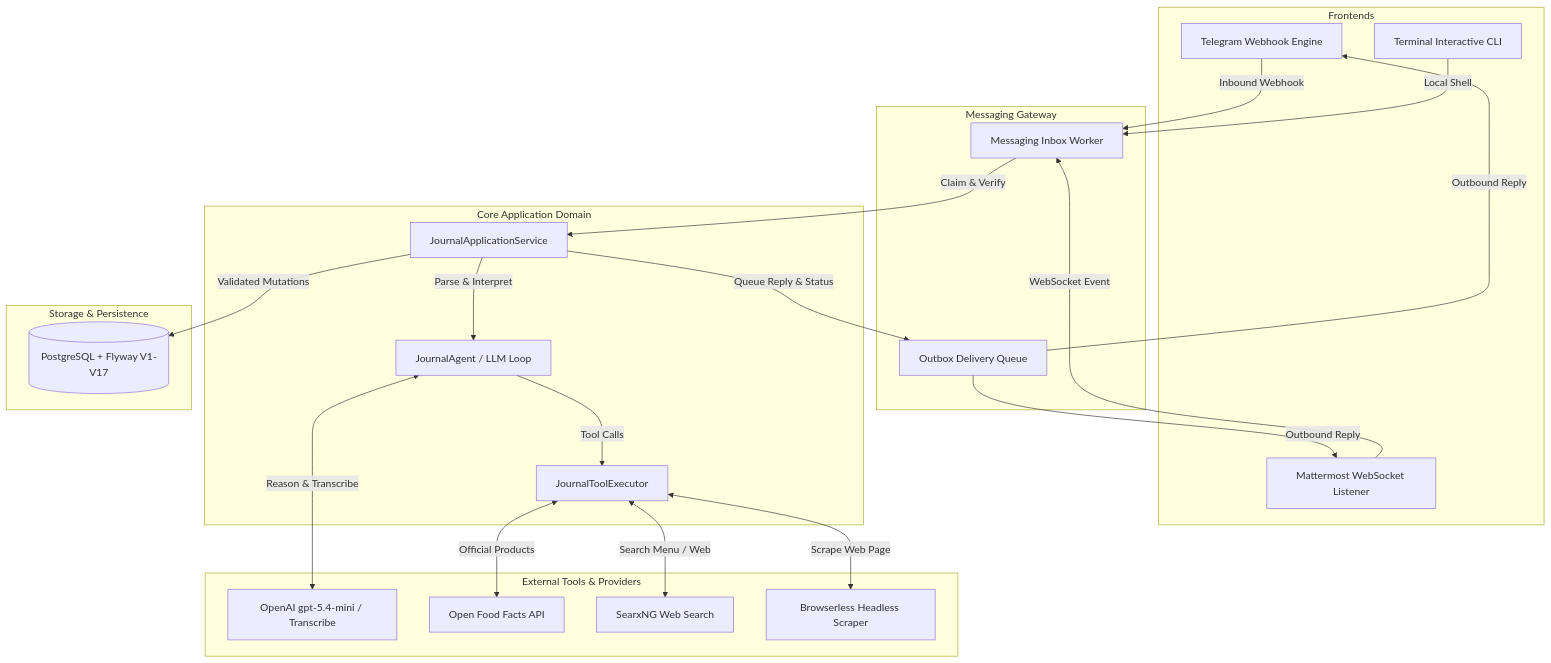
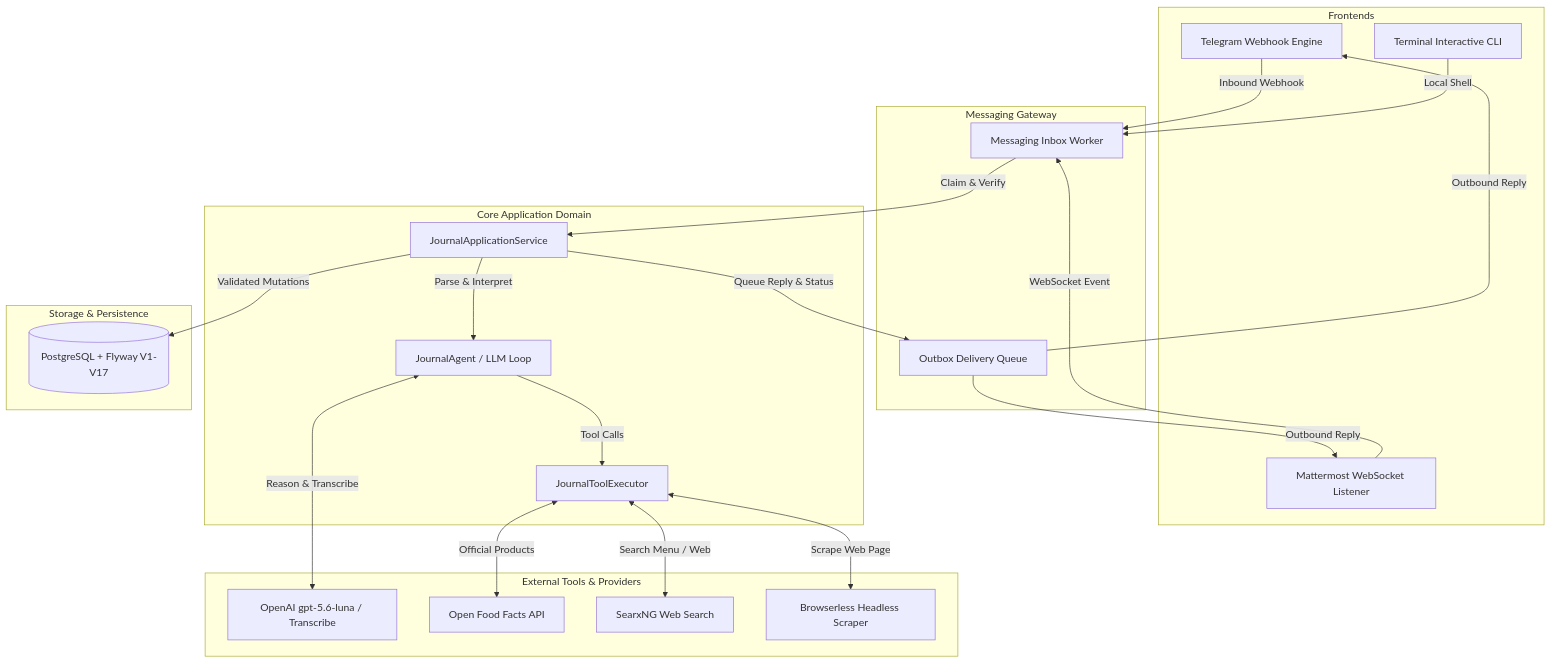
One commit to DurdeuVlad/calorie-intake-tracker-ai-bot changed the diagram in docs/architecture.md. Above: the diagram before and after it, drawn with Mermaid. The commit also changed other lines of this file and 50 other files, not shown here.

````diff
--- a/docs/architecture.md
+++ b/docs/architecture.md
@@ -5,49 +5,49 @@
 ```mermaid
 flowchart TD
     subgraph Frontends
         T[Telegram Webhook Engine]
         M[Mattermost WebSocket Listener]
         CLI[Terminal Interactive CLI]
     end
 
     subgraph Messaging Gateway
         I[Messaging Inbox Worker]
         OB[Outbox Delivery Queue]
     end
 
     subgraph Core Application Domain
         AS[JournalApplicationService]
         JA[JournalAgent / LLM Loop]
         JTE[JournalToolExecutor]
     end
 
     subgraph External Tools & Providers
-        OAI[OpenAI gpt-5.4-mini / Transcribe]
+        OAI[OpenAI gpt-5.6-luna / Transcribe]
         OFF[Open Food Facts API]
         SX[SearxNG Web Search]
         BL[Browserless Headless Scraper]
     end
 
     subgraph Storage & Persistence
         DB[(PostgreSQL + Flyway V1-V17)]
     end
 
     T -->|Inbound Webhook| I
     M -->|WebSocket Event| I
     CLI -->|Local Shell| I
 
     I -->|Claim & Verify| AS
     AS -->|Parse & Interpret| JA
     JA <-->|Reason & Transcribe| OAI
 
     JA -->|Tool Calls| JTE
     JTE <-->|Official Products| OFF
     JTE <-->|Search Menu / Web| SX
     JTE <-->|Scrape Web Page| BL
 
     AS -->|Validated Mutations| DB
     AS -->|Queue Reply & Status| OB
 
     OB -->|Outbound Reply| T
     OB -->|Outbound Reply| M
 ```
````
